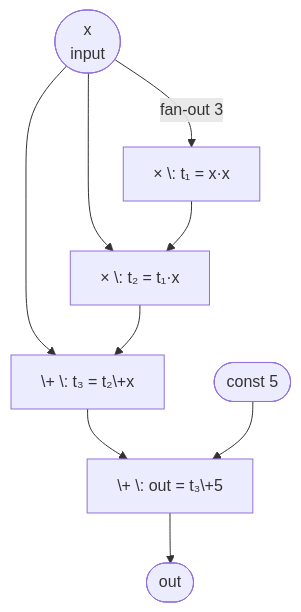
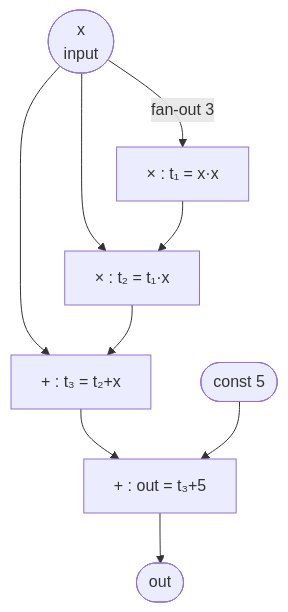
The fourth of 6 diagrams in content/zkverify-series/arithmetic-circuits/03-arithmetic-circuits.md (nhatminh65537/kitsu-quartz), drawn with Mermaid before and after one commit. The commit also changed other lines of this file and 127 other files, not shown here.

````diff
--- a/content/zkverify-series/arithmetic-circuits/03-arithmetic-circuits.md
+++ b/content/zkverify-series/arithmetic-circuits/03-arithmetic-circuits.md
@@ -163,11 +155,11 @@
 ```mermaid
 graph TD
-    x(["x<br>input"]) -->|fan-out 3| mul1["× \: t₁ = x·x"]
-    x --> mul2["× \: t₂ = t₁·x"]
-    x --> add1["\+ \: t₃ = t₂\+x"]
+    x(["x<br>input"]) -->|fan-out 3| mul1["× : t₁ = x·x"]
+    x --> mul2["× : t₂ = t₁·x"]
+    x --> add1["+ : t₃ = t₂+x"]
     mul1 --> mul2
     mul2 --> add1
-    add1 --> add2["\+ \: out = t₃\+5"]
+    add1 --> add2["+ : out = t₃+5"]
     c5(["const 5"]) --> add2
     add2 --> out(["out"])
 ```
````
